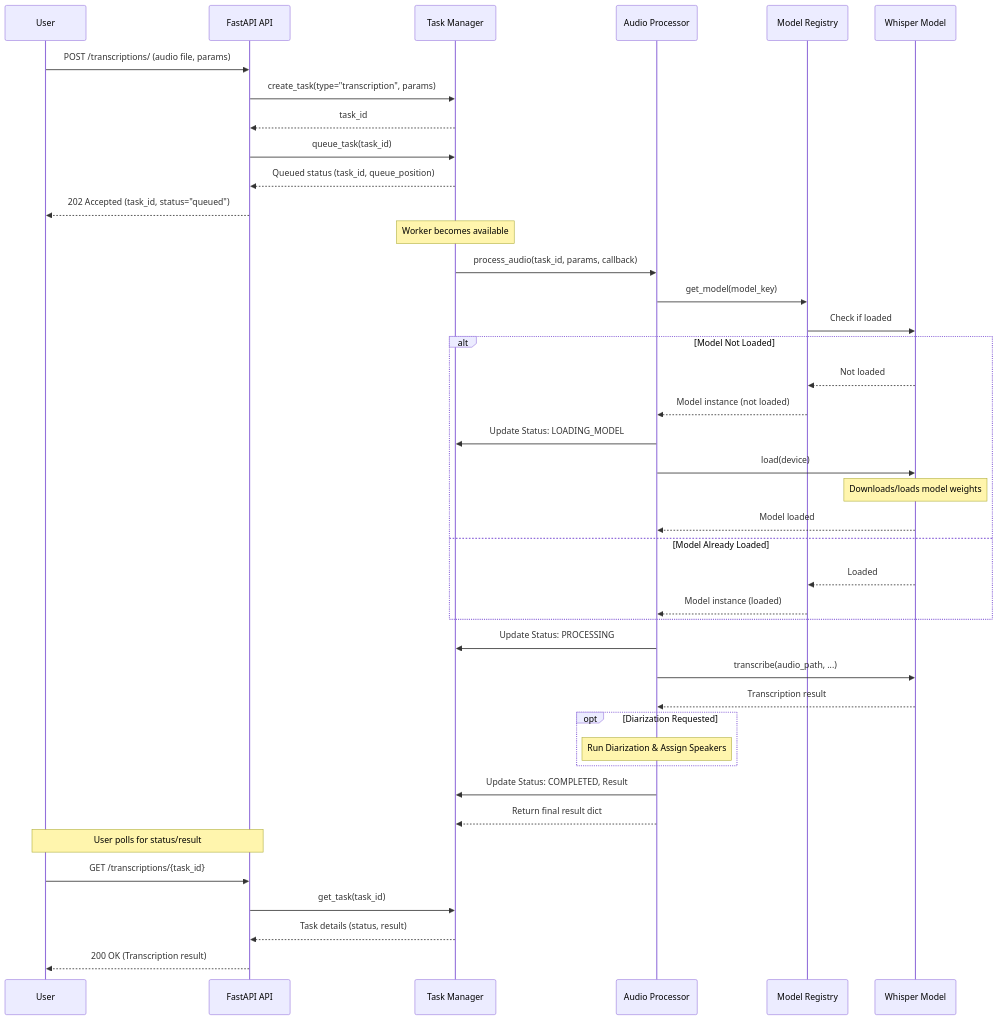
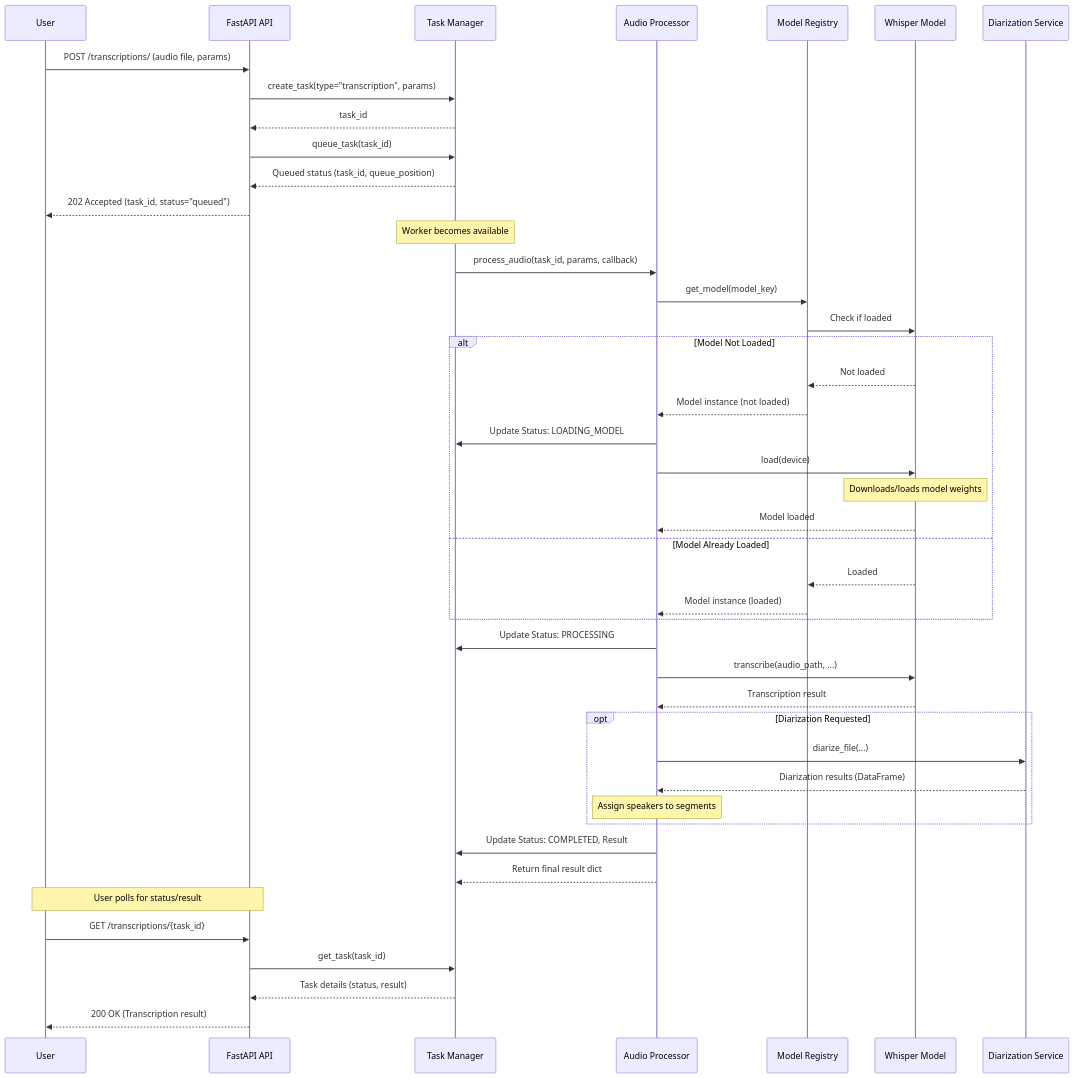
The second of 2 diagrams in architecture.md (CCimen/whisper-api), drawn with Mermaid before and after one commit. The commit also changed other lines of this file and 1 other file, not shown here.

Commit message:
update architecture and readme.

````diff
--- a/architecture.md
+++ b/architecture.md
@@ -73,50 +74,53 @@
 ```mermaid
 sequenceDiagram
     participant User
     participant API as FastAPI API
     participant TaskMgr as Task Manager
     participant Processor as Audio Processor
     participant ModelReg as Model Registry
     participant WhisperMod as Whisper Model
+    participant DiarizationSvc as Diarization Service
 
     User->>API: POST /transcriptions/ (audio file, params)
     API->>TaskMgr: create_task(type="transcription", params)
     TaskMgr-->>API: task_id
     API->>TaskMgr: queue_task(task_id)
     TaskMgr-->>API: Queued status (task_id, queue_position)
     API-->>User: 202 Accepted (task_id, status="queued")
 
     Note over TaskMgr: Worker becomes available
     TaskMgr->>Processor: process_audio(task_id, params, callback)
     Processor->>ModelReg: get_model(model_key)
     ModelReg->>WhisperMod: Check if loaded
     
     alt Model Not Loaded
         WhisperMod-->>ModelReg: Not loaded
         ModelReg-->>Processor: Model instance (not loaded)
         Processor->>TaskMgr: Update Status: LOADING_MODEL
         Processor->>WhisperMod: load(device)
         Note over WhisperMod: Downloads/loads model weights
         WhisperMod-->>Processor: Model loaded
     else Model Already Loaded
         WhisperMod-->>ModelReg: Loaded
         ModelReg-->>Processor: Model instance (loaded)
     end
     
     Processor->>TaskMgr: Update Status: PROCESSING
     Processor->>WhisperMod: transcribe(audio_path, ...)
     WhisperMod-->>Processor: Transcription result
     
     opt Diarization Requested
-        Note over Processor: Run Diarization & Assign Speakers
+        Processor->>DiarizationSvc: diarize_file(...)
+        DiarizationSvc-->>Processor: Diarization results (DataFrame)
+        Note over Processor: Assign speakers to segments
     end
     
     Processor->>TaskMgr: Update Status: COMPLETED, Result
     Processor-->>TaskMgr: Return final result dict
 
     Note over User, API: User polls for status/result
     User->>API: GET /transcriptions/{task_id}
     API->>TaskMgr: get_task(task_id)
     TaskMgr-->>API: Task details (status, result)
     API-->>User: 200 OK (Transcription result)
 ```
````
